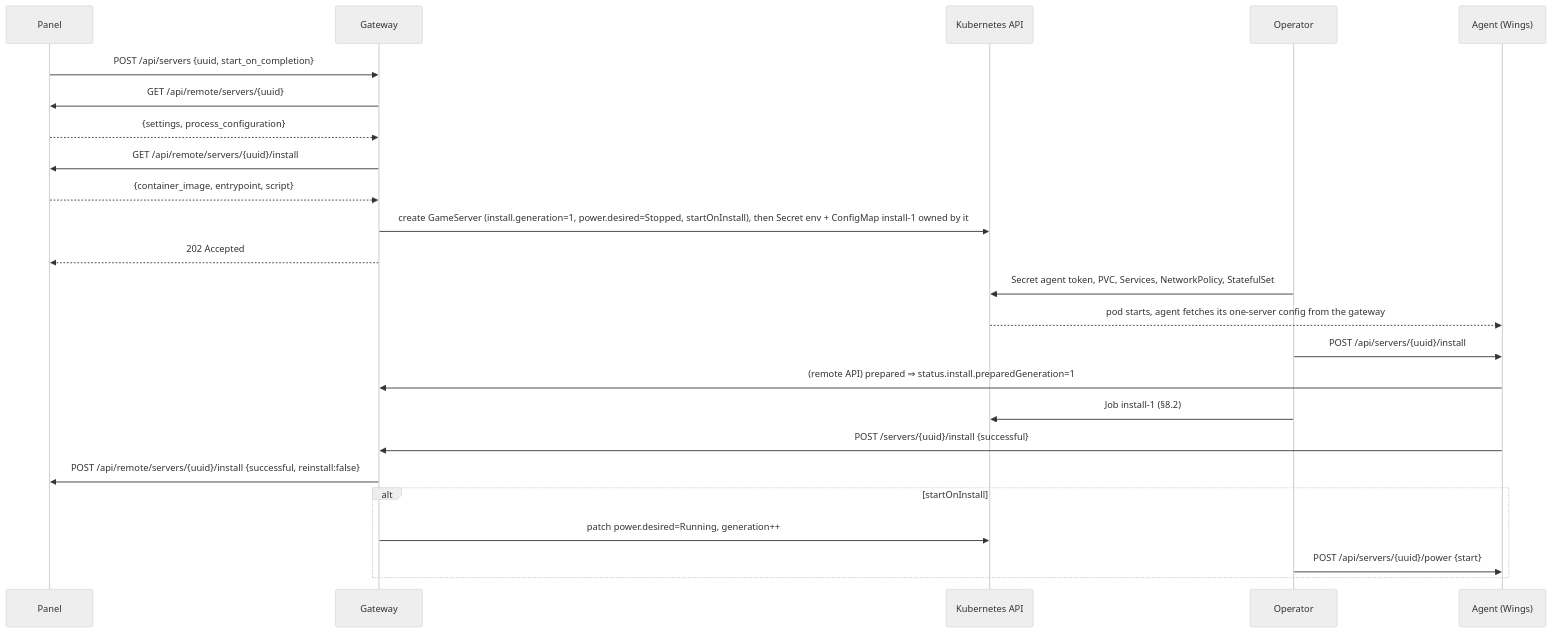
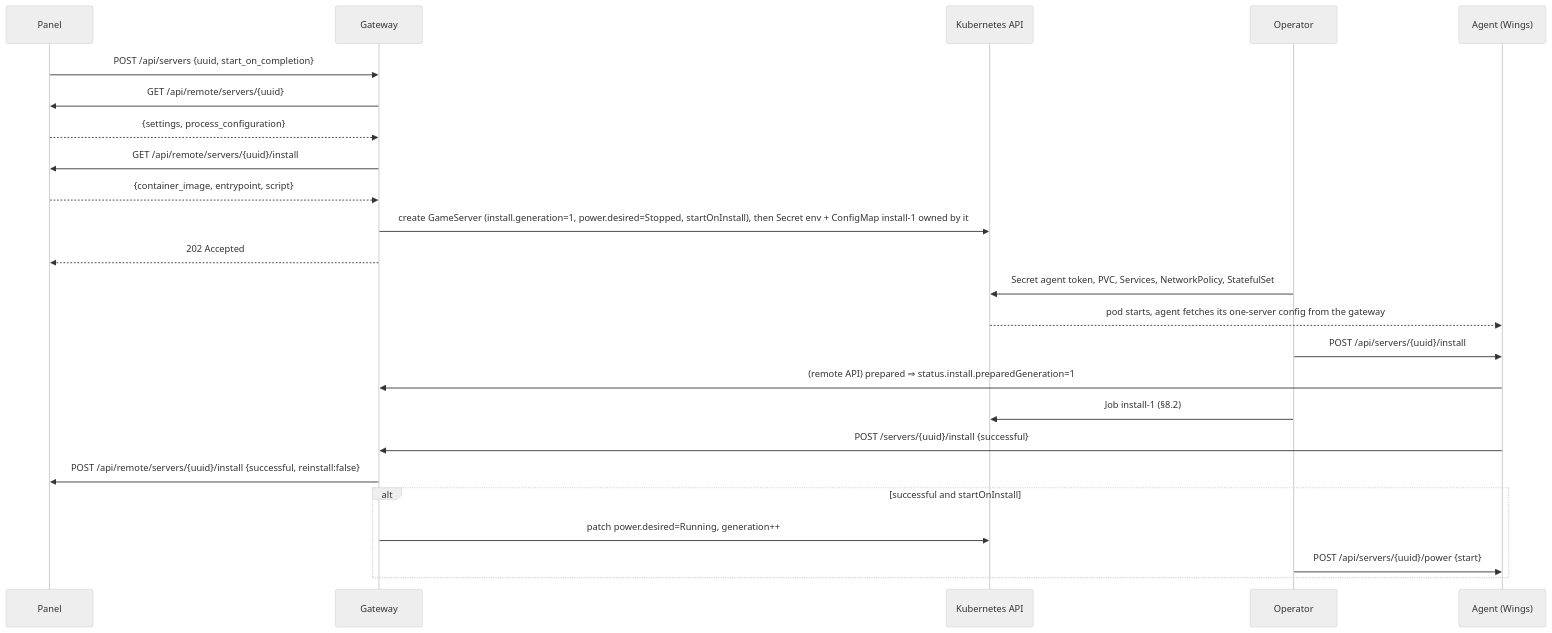
One commit to Claiyc/pelican-k8s changed the fourth of 5 diagrams in ARCHITECTURE.md. Above: the diagram before and after it, drawn with Mermaid (neutral theme). The commit also changed other lines of this file and 57 other files, not shown here.

````diff
--- a/ARCHITECTURE.md
+++ b/ARCHITECTURE.md
@@ -840,26 +885,26 @@
 ```mermaid
 sequenceDiagram
   participant P as Panel
   participant G as Gateway
   participant K as Kubernetes API
   participant O as Operator
   participant A as Agent (Wings)
   P->>G: POST /api/servers {uuid, start_on_completion}
   G->>P: GET /api/remote/servers/{uuid}
   P-->>G: {settings, process_configuration}
   G->>P: GET /api/remote/servers/{uuid}/install
   P-->>G: {container_image, entrypoint, script}
   G->>K: create GameServer (install.generation=1, power.desired=Stopped, startOnInstall), then Secret env + ConfigMap install-1 owned by it
   G-->>P: 202 Accepted
   O->>K: Secret agent token, PVC, Services, NetworkPolicy, StatefulSet
   K-->>A: pod starts, agent fetches its one-server config from the gateway
   O->>A: POST /api/servers/{uuid}/install
   A->>G: (remote API) prepared ⇒ status.install.preparedGeneration=1
   O->>K: Job install-1 (§8.2)
   A->>G: POST /servers/{uuid}/install {successful}
   G->>P: POST /api/remote/servers/{uuid}/install {successful, reinstall:false}
-  alt startOnInstall
+  alt successful and startOnInstall
     G->>K: patch power.desired=Running, generation++
     O->>A: POST /api/servers/{uuid}/power {start}
   end
 ```
````
